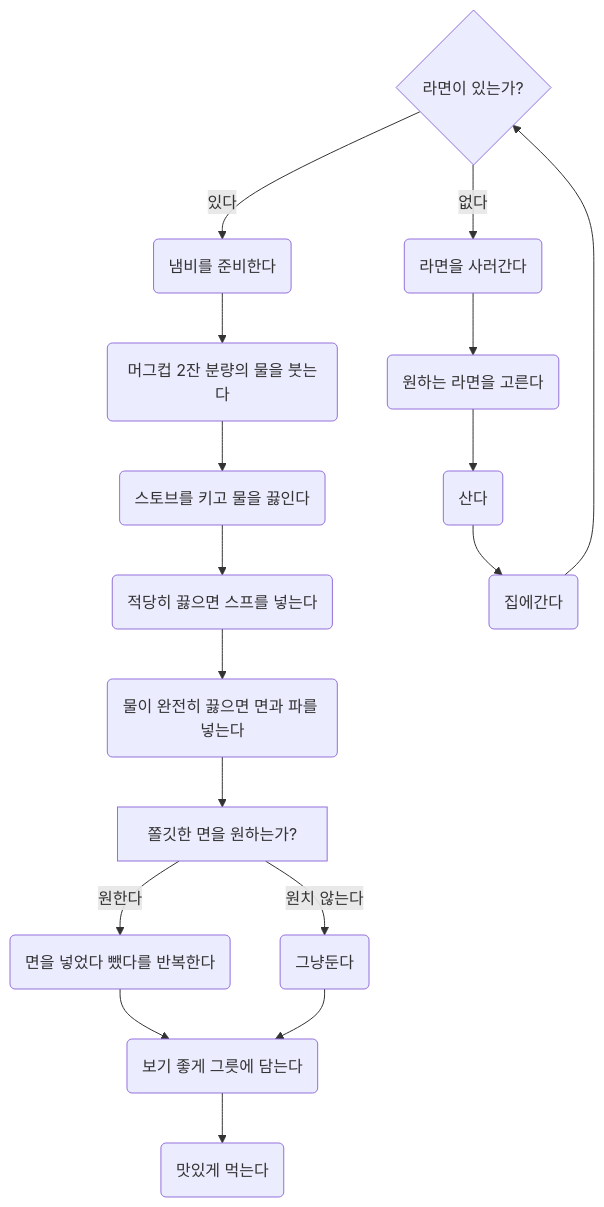
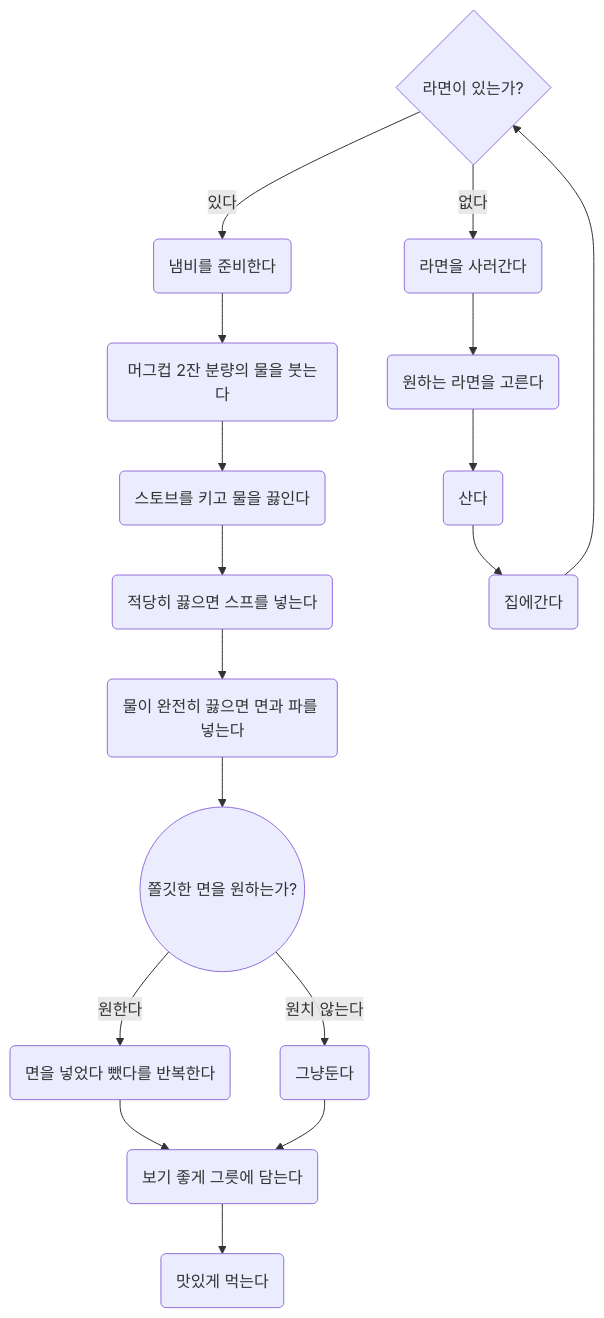
Before and after one commit to junep16/mermaid-test: the second of 2 diagrams in README.md, drawn with Mermaid.

````diff
--- a/README.md
+++ b/README.md
@@ -15,19 +15,19 @@
 ```mermaid
 	flowchart TB
 	A{라면이 있는가?} -->|있다| B(냄비를 준비한다)
 		B -->C(머그컵 2잔 분량의 물을 붓는다)
 		C -->E(스토브를 키고 물을 끓인다)
 		E -->F(적당히 끓으면 스프를 넣는다)
 		F -->G(물이 완전히 끓으면 면과 파를 넣는다)
-		G -->H[쫄깃한 면을 원하는가?]
+		G -->H((쫄깃한 면을 원하는가?))
         	H -->|원한다| H1(면을 넣었다 뺐다를 반복한다)
         	H -->|원치 않는다| H2(그냥둔다)
         	H1 --> I(보기 좋게 그릇에 담는다)
         	H2 --> I
         	I --> J(맛있게 먹는다)
     	A -->|없다| K(라면을 사러간다)
     		K --> L(원하는 라면을 고른다)
     		L --> M(산다)
     		M --> N(집에간다)
     		N --> A
 ```
````
